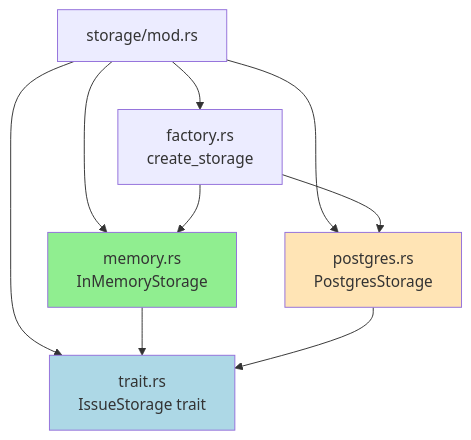
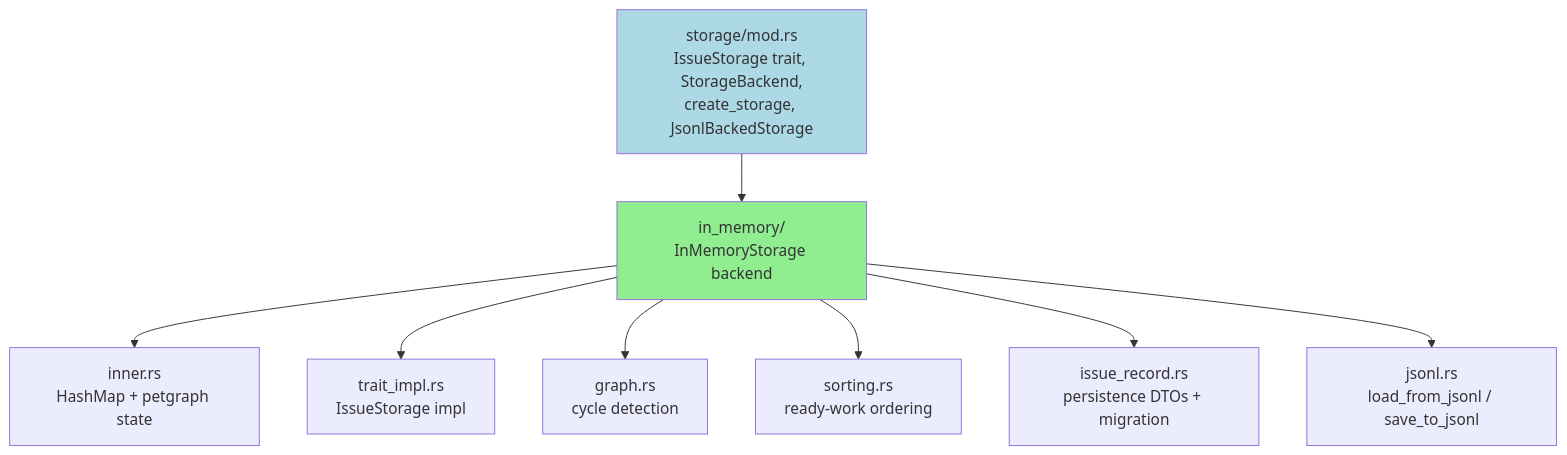
The fourth of 5 diagrams in docs/module-structure.md (dwalleck/rivets), drawn with Mermaid before and after one commit. The commit also changed other lines of this file and 6 other files, not shown here.

````diff
--- a/docs/module-structure.md
+++ b/docs/module-structure.md
@@ -469,16 +271,14 @@
 ```mermaid
 graph TD
-    ModRS[storage/mod.rs] --> Trait[trait.rs<br/>IssueStorage trait]
-    ModRS --> Memory[memory.rs<br/>InMemoryStorage]
-    ModRS --> Postgres[postgres.rs<br/>PostgresStorage]
-    ModRS --> Factory[factory.rs<br/>create_storage]
+    ModRS[storage/mod.rs<br/>IssueStorage trait, StorageBackend,<br/>create_storage, JsonlBackedStorage] --> InMem[in_memory/<br/>InMemoryStorage backend]
 
-    Memory --> Trait
-    Postgres --> Trait
-    Factory --> Memory
-    Factory --> Postgres
+    InMem --> Inner[inner.rs<br/>HashMap + petgraph state]
+    InMem --> TraitImpl[trait_impl.rs<br/>IssueStorage impl]
+    InMem --> Graph[graph.rs<br/>cycle detection]
+    InMem --> Sorting[sorting.rs<br/>ready-work ordering]
+    InMem --> Record[issue_record.rs<br/>persistence DTOs + migration]
+    InMem --> Jsonl[jsonl.rs<br/>load_from_jsonl / save_to_jsonl]
 
-    style Trait fill:#ADD8E6
-    style Memory fill:#90EE90
-    style Postgres fill:#FFE4B5
+    style ModRS fill:#ADD8E6
+    style InMem fill:#90EE90
 ```
````
